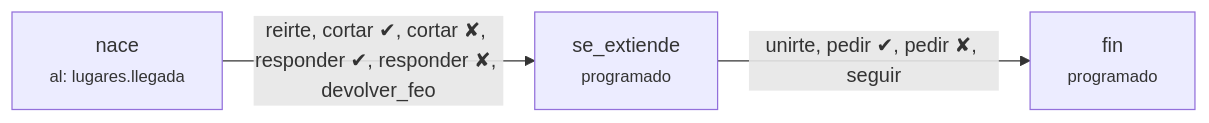
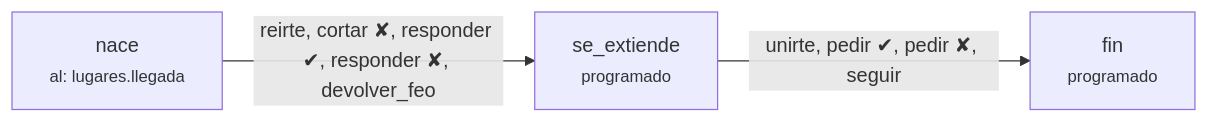
Before and after one commit to gardagon/Dinasty-Sports: the seventh of 13 diagrams in docs/eventos/MAPA.md, drawn with Mermaid. The commit also changed other lines of this file and 11 other files, not shown here.

````diff
--- a/docs/eventos/MAPA.md
+++ b/docs/eventos/MAPA.md
@@ -77,8 +77,8 @@
 ```mermaid
 flowchart LR
   eventos_colegio_apodo_nace["nace<br/><small>al: lugares.llegada</small>"]
-  eventos_colegio_apodo_nace -->|"reirte, cortar ✔, cortar ✘, responder ✔, responder ✘, devolver_feo"| eventos_colegio_apodo_se_extiende
+  eventos_colegio_apodo_nace -->|"reirte, cortar ✘, responder ✔, responder ✘, devolver_feo"| eventos_colegio_apodo_se_extiende
   eventos_colegio_apodo_se_extiende["se_extiende<br/><small>programado</small>"]
   eventos_colegio_apodo_se_extiende -->|"unirte, pedir ✔, pedir ✘, seguir"| eventos_colegio_apodo_fin
   eventos_colegio_apodo_fin["fin<br/><small>programado</small>"]
 ```
````
